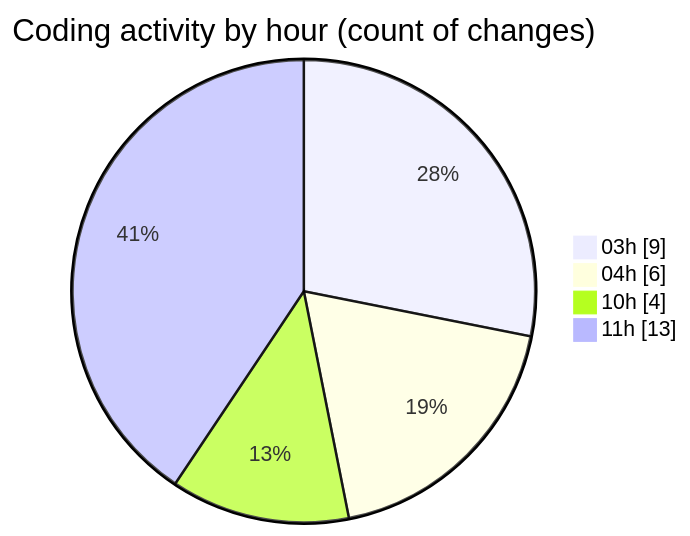
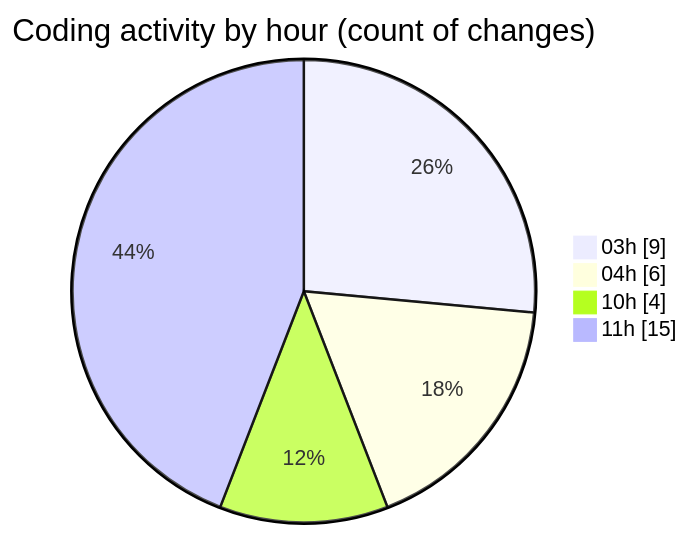
The second of 2 diagrams in 2025-10-30/eventscop-frontend-guide__workspace_/README.md (julien-gomy/code-tracking), drawn with Mermaid before and after one commit. The commit also changed other lines of this file and 1 other file, not shown here.

````diff
--- a/2025-10-30/eventscop-frontend-guide__workspace_/README.md
+++ b/2025-10-30/eventscop-frontend-guide__workspace_/README.md
@@ -39,8 +39,8 @@
 ```mermaid
 pie showData
 title Coding activity by hour (count of changes)
 "03h" : 9
 "04h" : 6
 "10h" : 4
-"11h" : 13
+"11h" : 15
 ```
````
